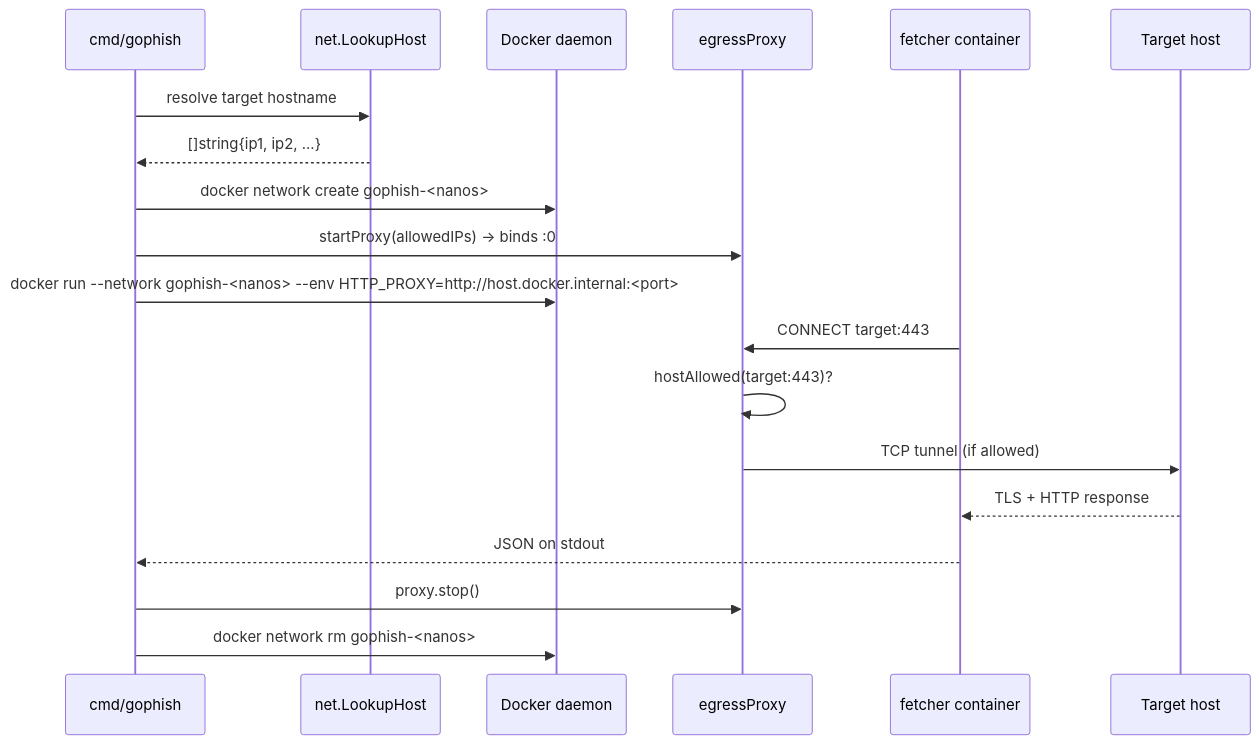
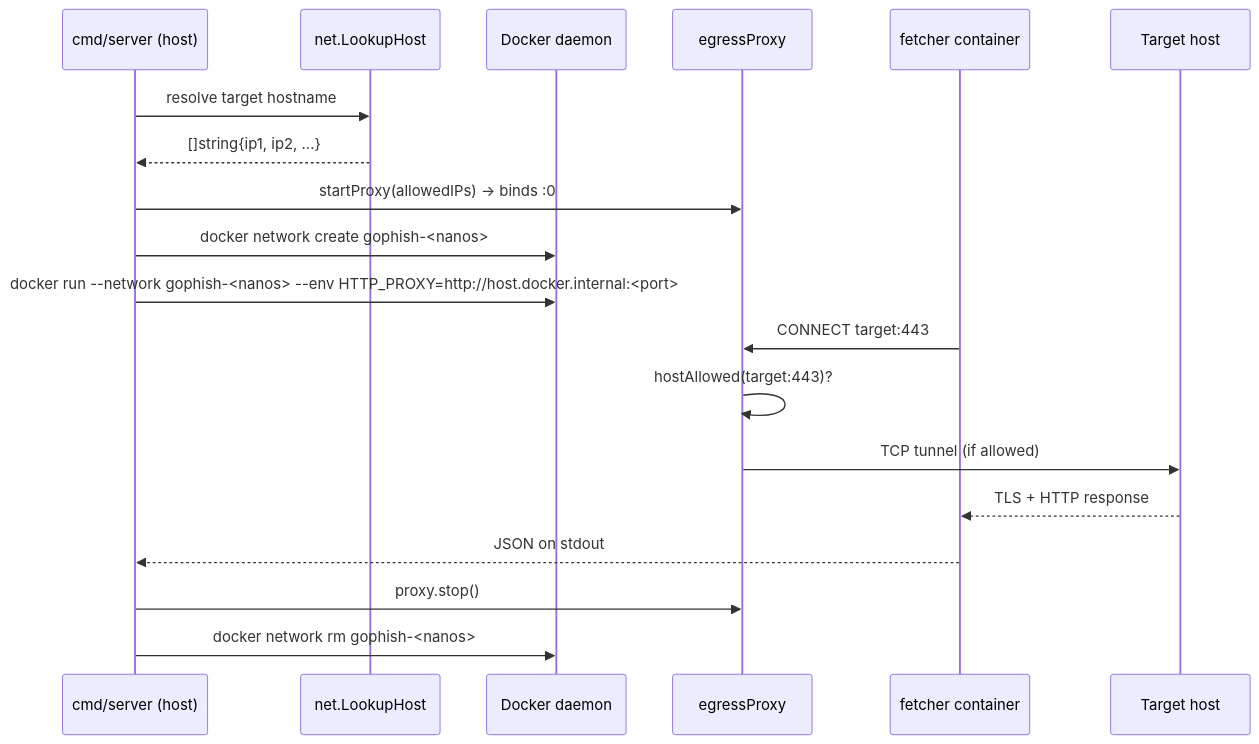
Before and after one commit to Aslanchik/go-phish: the third of 4 diagrams in docs/egress-proxy.md, drawn with Mermaid. The commit also changed other lines of this file and 5 other files, not shown here.

````diff
--- a/docs/egress-proxy.md
+++ b/docs/egress-proxy.md
@@ -39,22 +75,22 @@
 ```mermaid
 sequenceDiagram
-    participant CLI as cmd/gophish
+    participant CLI as cmd/server (host)
     participant DNS as net.LookupHost
     participant Docker as Docker daemon
     participant Proxy as egressProxy
     participant Container as fetcher container
     participant Target as Target host
 
     CLI->>DNS: resolve target hostname
     DNS-->>CLI: []string{ip1, ip2, ...}
+    CLI->>Proxy: startProxy(allowedIPs) → binds :0
     CLI->>Docker: docker network create gophish-<nanos>
-    CLI->>Proxy: startProxy(allowedIPs) → binds :0
     CLI->>Docker: docker run --network gophish-<nanos> --env HTTP_PROXY=http://host.docker.internal:<port>
     Container->>Proxy: CONNECT target:443
     Proxy->>Proxy: hostAllowed(target:443)?
     Proxy->>Target: TCP tunnel (if allowed)
     Target-->>Container: TLS + HTTP response
     Container-->>CLI: JSON on stdout
     CLI->>Proxy: proxy.stop()
     CLI->>Docker: docker network rm gophish-<nanos>
 ```
````
